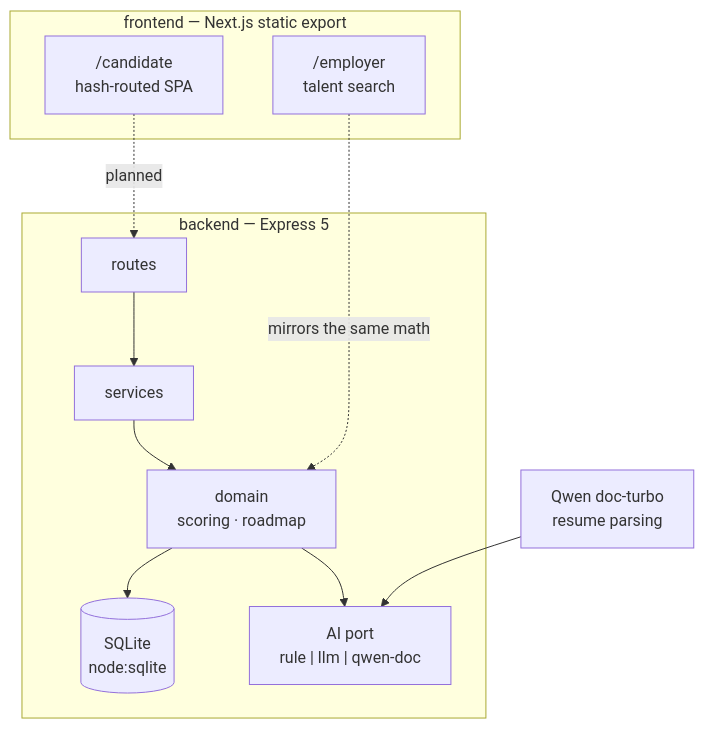
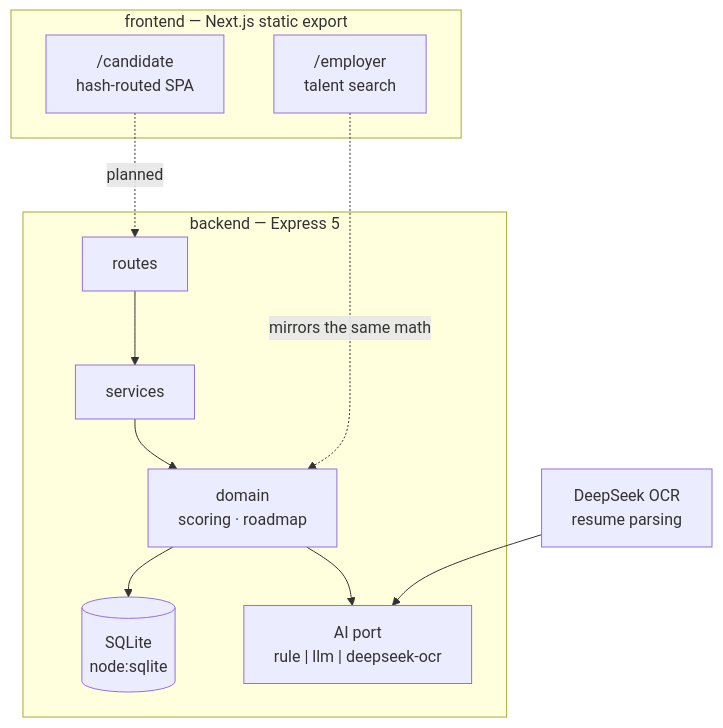
Before and after one commit to mmlee1604-creator/jomworklah: the second of 2 diagrams in README.md, drawn with Mermaid. The commit also changed other lines of this file and 22 other files, not shown here.

Commit message:
swapped qwen to deepseek

````diff
--- a/README.md
+++ b/README.md
@@ -230,15 +230,15 @@
 ```mermaid
 flowchart TB
     subgraph FE["frontend — Next.js static export"]
         C["/candidate<br/>hash-routed SPA"]
         E["/employer<br/>talent search"]
     end
     subgraph BE["backend — Express 5"]
         R["routes"] --> S["services"] --> D["domain<br/>scoring · roadmap"]
         D --> DB[("SQLite<br/>node:sqlite")]
-        D --> AI["AI port<br/>rule | llm | qwen-doc"]
+        D --> AI["AI port<br/>rule | llm | deepseek-ocr"]
     end
     C -.->|planned| R
     E -.->|mirrors the same math| D
-    Q["Qwen doc-turbo<br/>resume parsing"] --> AI
+    Q["DeepSeek OCR<br/>resume parsing"] --> AI
 ```
````
